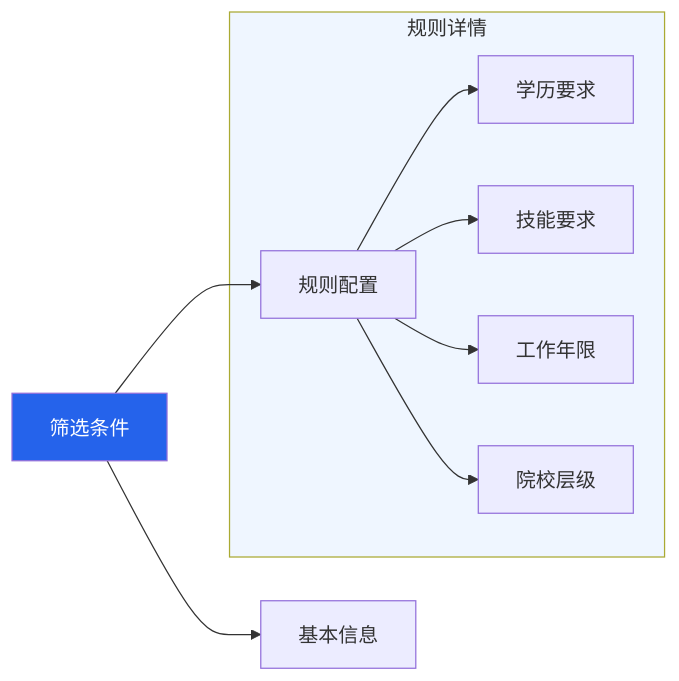
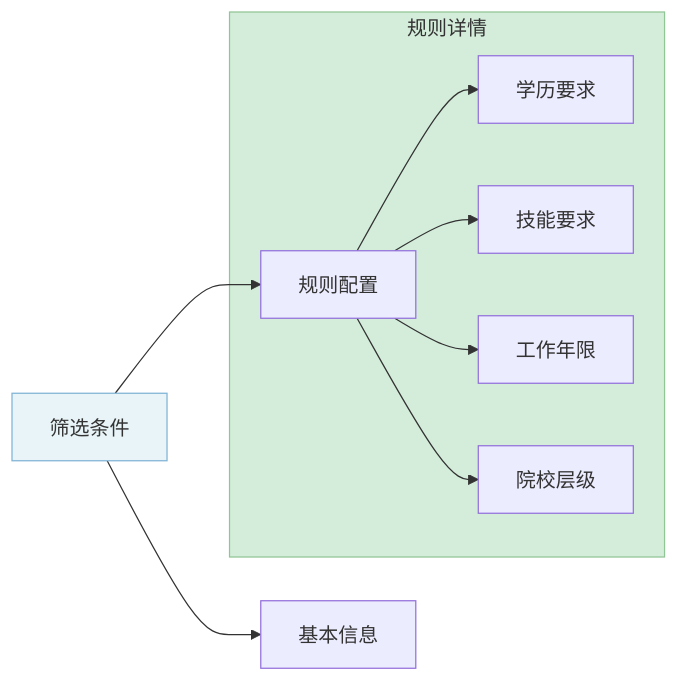
Before and after one commit to xt765/ResumeScreening: the fifth of 8 diagrams in docs/usage.md, drawn with Mermaid. The commit also changed other lines of this file and 4 other files, not shown here.

````diff
--- a/docs/usage.md
+++ b/docs/usage.md
@@ -211,15 +212,15 @@
 ```mermaid
 graph LR
     Condition[筛选条件] --> Info[基本信息]
     Condition --> Rules[规则配置]
     
     subgraph RuleDetails [规则详情]
         Rules --> R1[学历要求]
         Rules --> R2[技能要求]
         Rules --> R3[工作年限]
         Rules --> R4[院校层级]
     end
     
-    style Condition fill:#2563eb,color:#fff
-    style RuleDetails fill:#eff6ff
+    style Condition fill:#e8f4f8,stroke:#7fb3d5
+    style RuleDetails fill:#d4edda,stroke:#90c695
 ```
````
